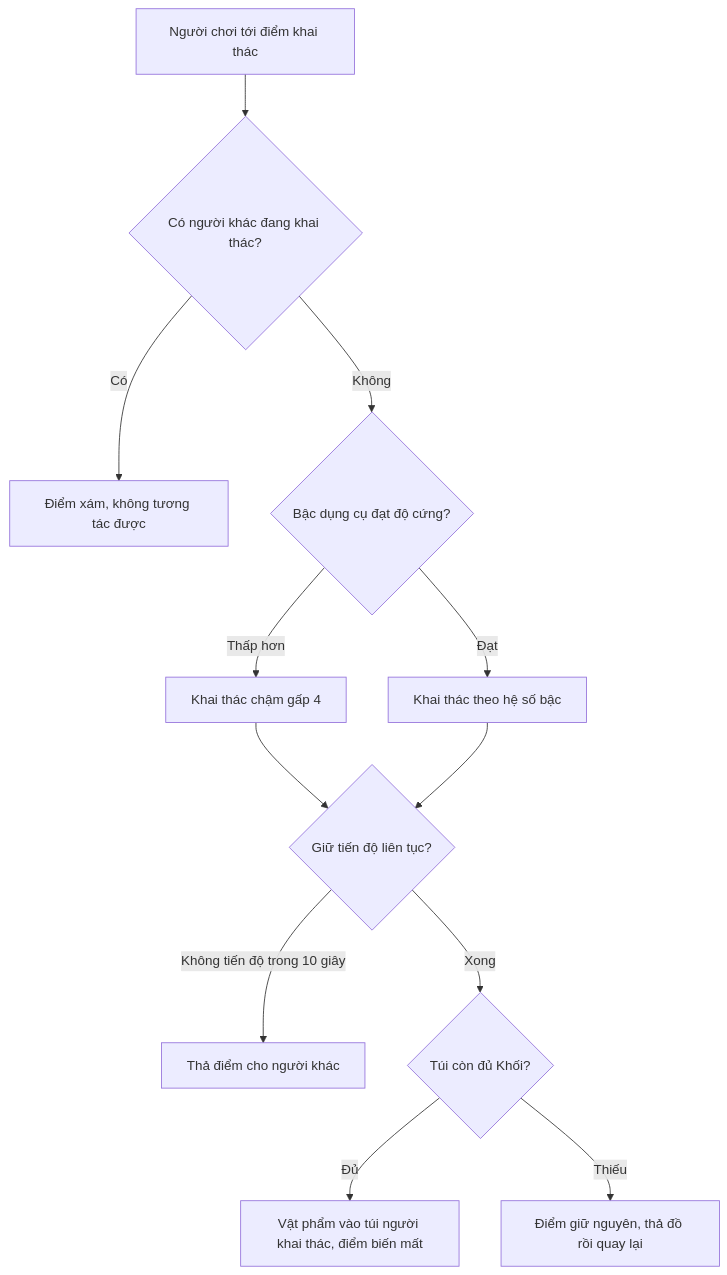
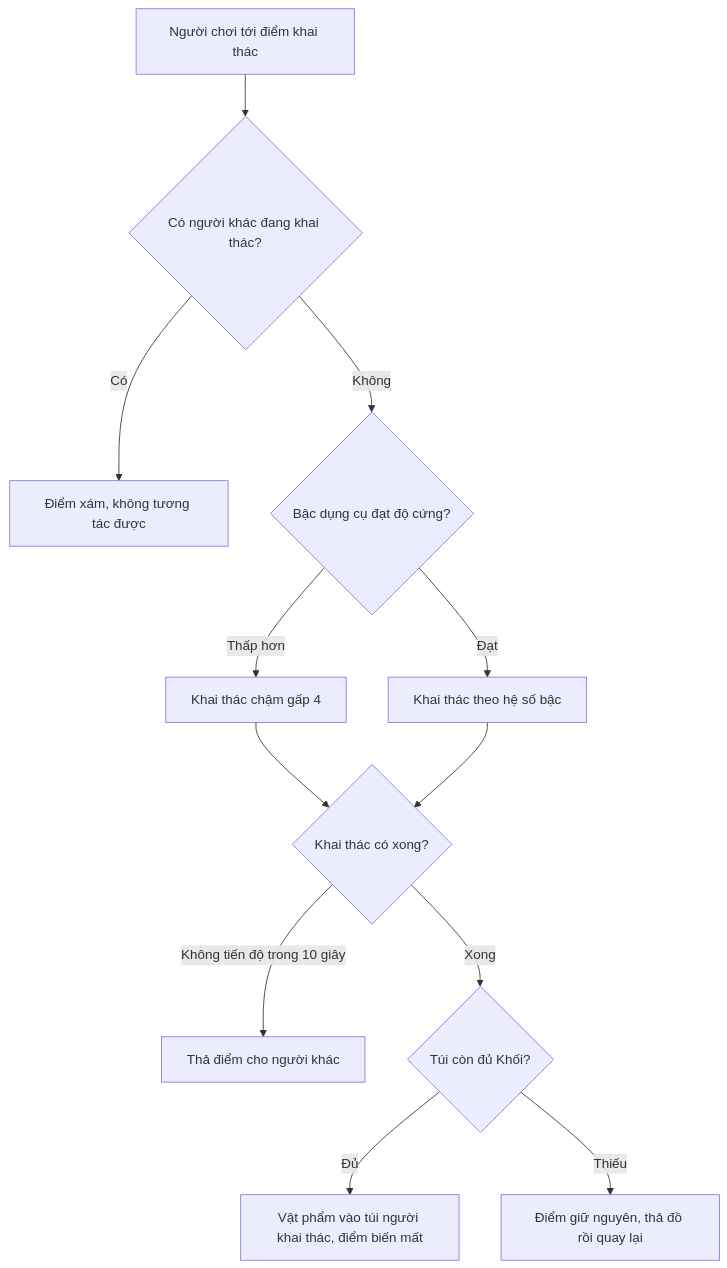
One commit to huycv18/DATN-SP27 changed the first of 2 diagrams in projects/game-moi/book/phan-2/05-vat-pham.md. Above: the diagram before and after it, drawn with Mermaid. The commit also changed other lines of this file and 2 other files, not shown here.

````diff
--- a/projects/game-moi/book/phan-2/05-vat-pham.md
+++ b/projects/game-moi/book/phan-2/05-vat-pham.md
@@ -49,14 +49,14 @@
 ```mermaid
 flowchart TD
   A["Người chơi tới điểm khai thác"] --> B{"Có người khác đang khai thác?"}
   B -->|Có| C["Điểm xám, không tương tác được"]
   B -->|Không| D{"Bậc dụng cụ đạt độ cứng?"}
   D -->|Thấp hơn| E["Khai thác chậm gấp 4"]
   D -->|Đạt| F["Khai thác theo hệ số bậc"]
-  E --> G{"Giữ tiến độ liên tục?"}
+  E --> G{"Khai thác có xong?"}
   F --> G
   G -->|Không tiến độ trong 10 giây| H["Thả điểm cho người khác"]
   G -->|Xong| I{"Túi còn đủ Khối?"}
   I -->|Đủ| J["Vật phẩm vào túi người khai thác, điểm biến mất"]
   I -->|Thiếu| K["Điểm giữ nguyên, thả đồ rồi quay lại"]
 ```
````
